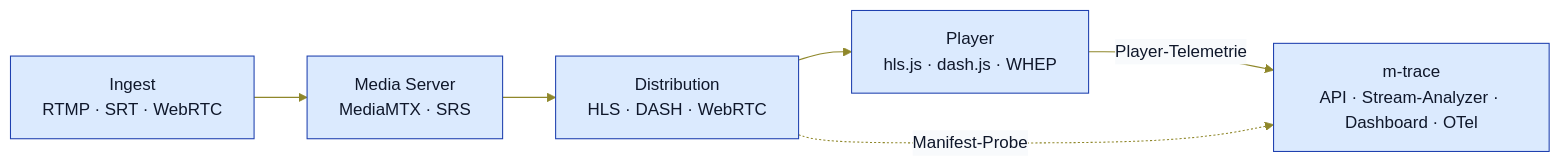
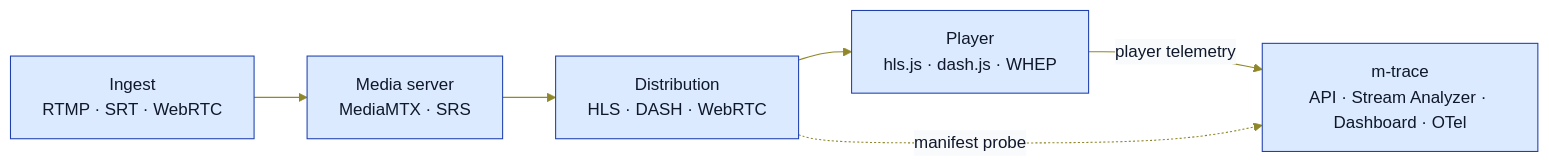
The second of 2 diagrams in README.md (pt9912/m-trace), drawn with Mermaid before and after one commit. The commit also changed other lines of this file and 1 other file, not shown here.

````diff
--- a/README.md
+++ b/README.md
@@ -63,10 +64,10 @@
 ```mermaid
 %%{init: {'theme':'base','themeVariables':{'background':'#f8fafc','primaryColor':'#dbeafe','primaryTextColor':'#0f172a','primaryBorderColor':'#1e40af','lineColor':'#8f872a','secondaryColor':'#fef3c7','tertiaryColor':'#dcfce7','noteBkgColor':'#fef3c7','noteTextColor':'#0f172a','noteBorderColor':'#a16207','actorBkg':'#dbeafe','actorBorder':'#1e40af','actorTextColor':'#0f172a','actorLineColor':'#475569','signalColor':'#0f172a','signalTextColor':'#0f172a','sequenceNumberColor':'#ffffff','labelTextColor':'#0f172a','loopTextColor':'#0f172a','edgeLabelBackground':'#f8fafc'}}}%%
 
 flowchart LR
-  I[Ingest<br/>RTMP · SRT · WebRTC] --> S[Media Server<br/>MediaMTX · SRS]
+  I[Ingest<br/>RTMP · SRT · WebRTC] --> S[Media server<br/>MediaMTX · SRS]
   S --> D[Distribution<br/>HLS · DASH · WebRTC]
   D --> P[Player<br/>hls.js · dash.js · WHEP]
-  P -->|Player-Telemetrie| T[m-trace<br/>API · Stream-Analyzer · Dashboard · OTel]
-  D -.->|Manifest-Probe| T
+  P -->|player telemetry| T[m-trace<br/>API · Stream Analyzer · Dashboard · OTel]
+  D -.->|manifest probe| T
 ```
````
